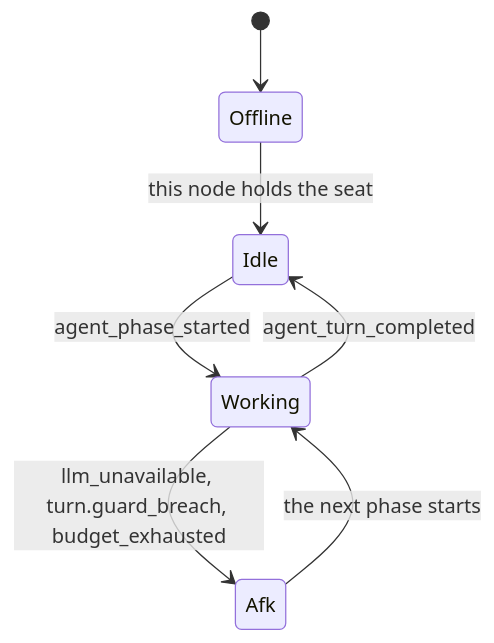
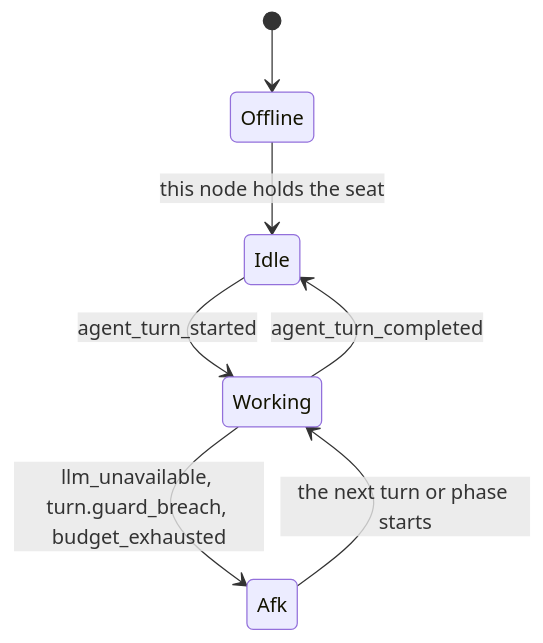
One commit to crewlet/crewlet changed the second of 5 diagrams in docs/concepts/agent-runtime.md. Above: the diagram before and after it, drawn with Mermaid. The commit also changed other lines of this file and 48 other files, not shown here.

````diff
--- a/docs/concepts/agent-runtime.md
+++ b/docs/concepts/agent-runtime.md
@@ -39,9 +39,9 @@
 ```mermaid
 stateDiagram-v2
     [*] --> Offline
     Offline --> Idle: this node holds the seat
-    Idle --> Working: agent_phase_started
+    Idle --> Working: agent_turn_started
     Working --> Idle: agent_turn_completed
     Working --> Afk: llm_unavailable, turn.guard_breach, budget_exhausted
-    Afk --> Working: the next phase starts
+    Afk --> Working: the next turn or phase starts
 ```
````
